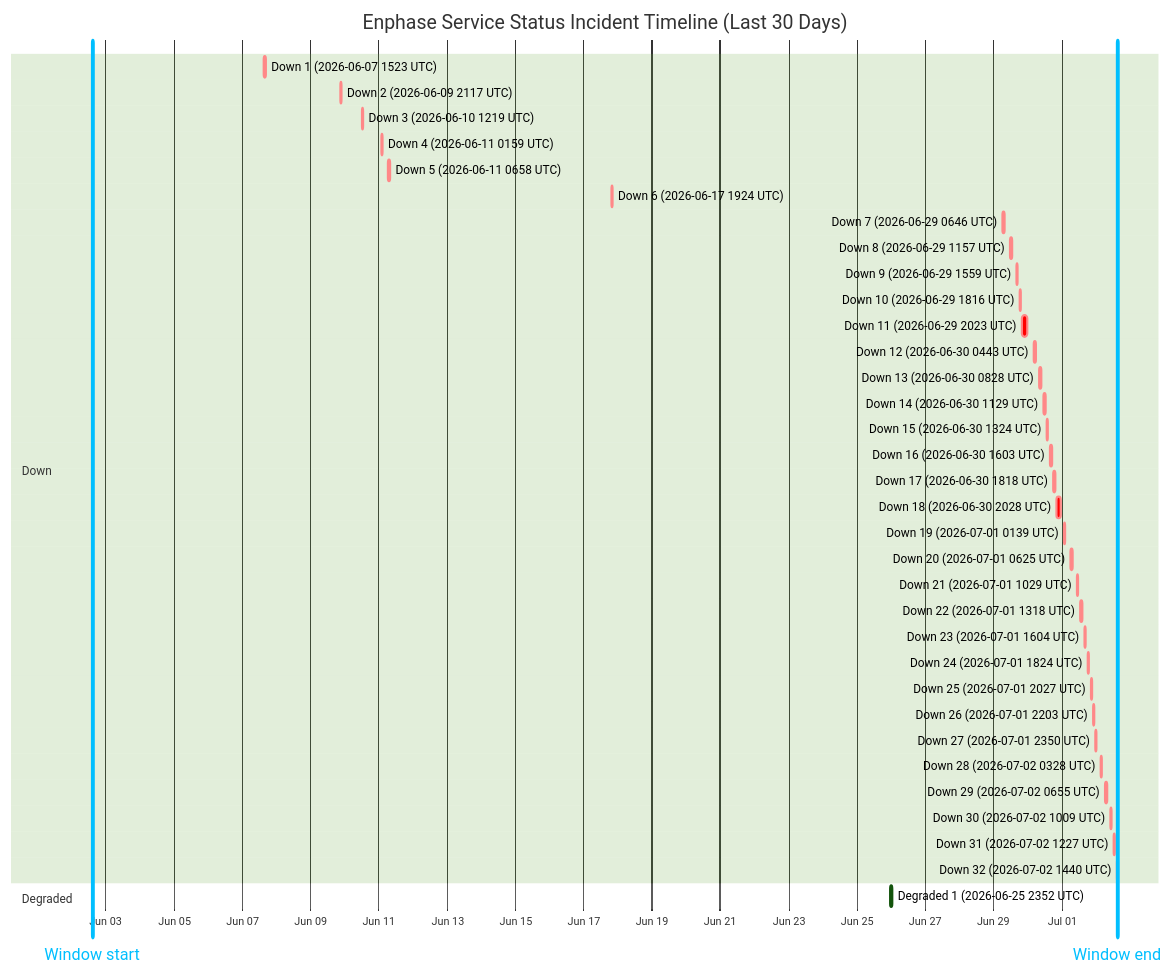
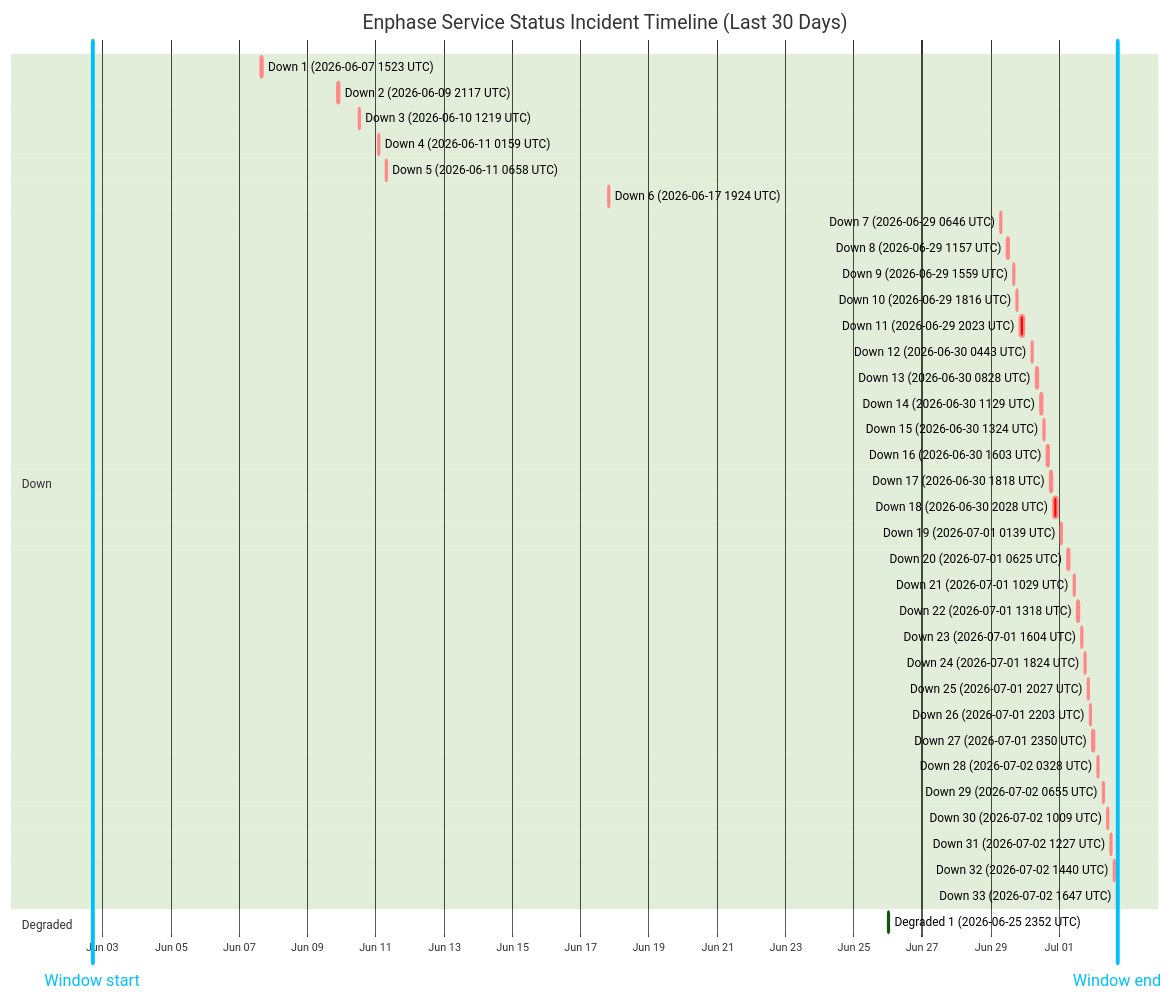
One commit to barneyonline/ha-enphase-energy changed the diagram in wiki/Service-Status-History.md. Above: the diagram before and after it, drawn with Mermaid (forest theme). The commit also changed other lines of this file and 3 other files, not shown here.

````diff
--- a/wiki/Service-Status-History.md
+++ b/wiki/Service-Status-History.md
@@ -14,43 +14,44 @@
 ```mermaid
 gantt
     title Enphase Service Status Incident Timeline (Last 30 Days)
     dateFormat  YYYY-MM-DDTHH:mm:ss
     axisFormat  %b %d
-    Window start :vert, window-start, 2026-06-02T14:40:53, 0ms
-    Window end :vert, window-end, 2026-07-02T14:40:53, 0ms
+    Window start :vert, window-start, 2026-06-02T16:47:47, 0ms
+    Window end :vert, window-end, 2026-07-02T16:47:47, 0ms
     section Down
     Down 1 (2026-06-07 1523 UTC) :crit, down-1, 2026-06-07T15:23:22, 87m
     Down 2 (2026-06-09 2117 UTC) :crit, down-2, 2026-06-09T21:17:17, 60m
     Down 3 (2026-06-10 1219 UTC) :crit, down-3, 2026-06-10T12:19:21, 60m
     Down 4 (2026-06-11 0159 UTC) :crit, down-4, 2026-06-11T01:59:36, 60m
     Down 5 (2026-06-11 0658 UTC) :crit, down-5, 2026-06-11T06:58:45, 60m
     Down 6 (2026-06-17 1924 UTC) :crit, down-6, 2026-06-17T19:24:51, 60m
     Down 7 (2026-06-29 0646 UTC) :crit, down-7, 2026-06-29T06:46:18, 60m
     Down 8 (2026-06-29 1157 UTC) :crit, down-8, 2026-06-29T11:57:36, 60m
     Down 9 (2026-06-29 1559 UTC) :crit, down-9, 2026-06-29T15:59:02, 60m
     Down 10 (2026-06-29 1816 UTC) :crit, down-10, 2026-06-29T18:16:38, 60m
     Down 11 (2026-06-29 2023 UTC) :crit, down-11, 2026-06-29T20:23:16, 220m
     Down 12 (2026-06-30 0443 UTC) :crit, down-12, 2026-06-30T04:43:54, 60m
     Down 13 (2026-06-30 0828 UTC) :crit, down-13, 2026-06-30T08:28:43, 60m
     Down 14 (2026-06-30 1129 UTC) :crit, down-14, 2026-06-30T11:29:15, 60m
     Down 15 (2026-06-30 1324 UTC) :crit, down-15, 2026-06-30T13:24:25, 60m
     Down 16 (2026-06-30 1603 UTC) :crit, down-16, 2026-06-30T16:03:26, 60m
     Down 17 (2026-06-30 1818 UTC) :crit, down-17, 2026-06-30T18:18:39, 60m
     Down 18 (2026-06-30 2028 UTC) :crit, down-18, 2026-06-30T20:28:54, 171m
     Down 19 (2026-07-01 0139 UTC) :crit, down-19, 2026-07-01T01:39:18, 60m
     Down 20 (2026-07-01 0625 UTC) :crit, down-20, 2026-07-01T06:25:35, 60m
     Down 21 (2026-07-01 1029 UTC) :crit, down-21, 2026-07-01T10:29:24, 60m
     Down 22 (2026-07-01 1318 UTC) :crit, down-22, 2026-07-01T13:18:31, 60m
     Down 23 (2026-07-01 1604 UTC) :crit, down-23, 2026-07-01T16:04:29, 60m
     Down 24 (2026-07-01 1824 UTC) :crit, down-24, 2026-07-01T18:24:21, 60m
     Down 25 (2026-07-01 2027 UTC) :crit, down-25, 2026-07-01T20:27:17, 60m
     Down 26 (2026-07-01 2203 UTC) :crit, down-26, 2026-07-01T22:03:46, 60m
     Down 27 (2026-07-01 2350 UTC) :crit, down-27, 2026-07-01T23:50:52, 60m
     Down 28 (2026-07-02 0328 UTC) :crit, down-28, 2026-07-02T03:28:33, 60m
     Down 29 (2026-07-02 0655 UTC) :crit, down-29, 2026-07-02T06:55:07, 60m
     Down 30 (2026-07-02 1009 UTC) :crit, down-30, 2026-07-02T10:09:15, 60m
     Down 31 (2026-07-02 1227 UTC) :crit, down-31, 2026-07-02T12:27:49, 60m
     Down 32 (2026-07-02 1440 UTC) :crit, down-32, 2026-07-02T14:40:53, 60m
+    Down 33 (2026-07-02 1647 UTC) :crit, down-33, 2026-07-02T16:47:47, 60m
     section Degraded
     Degraded 1 (2026-06-25 2352 UTC) :active, degraded-1, 2026-06-25T23:52:01, 60m
 ```
````
